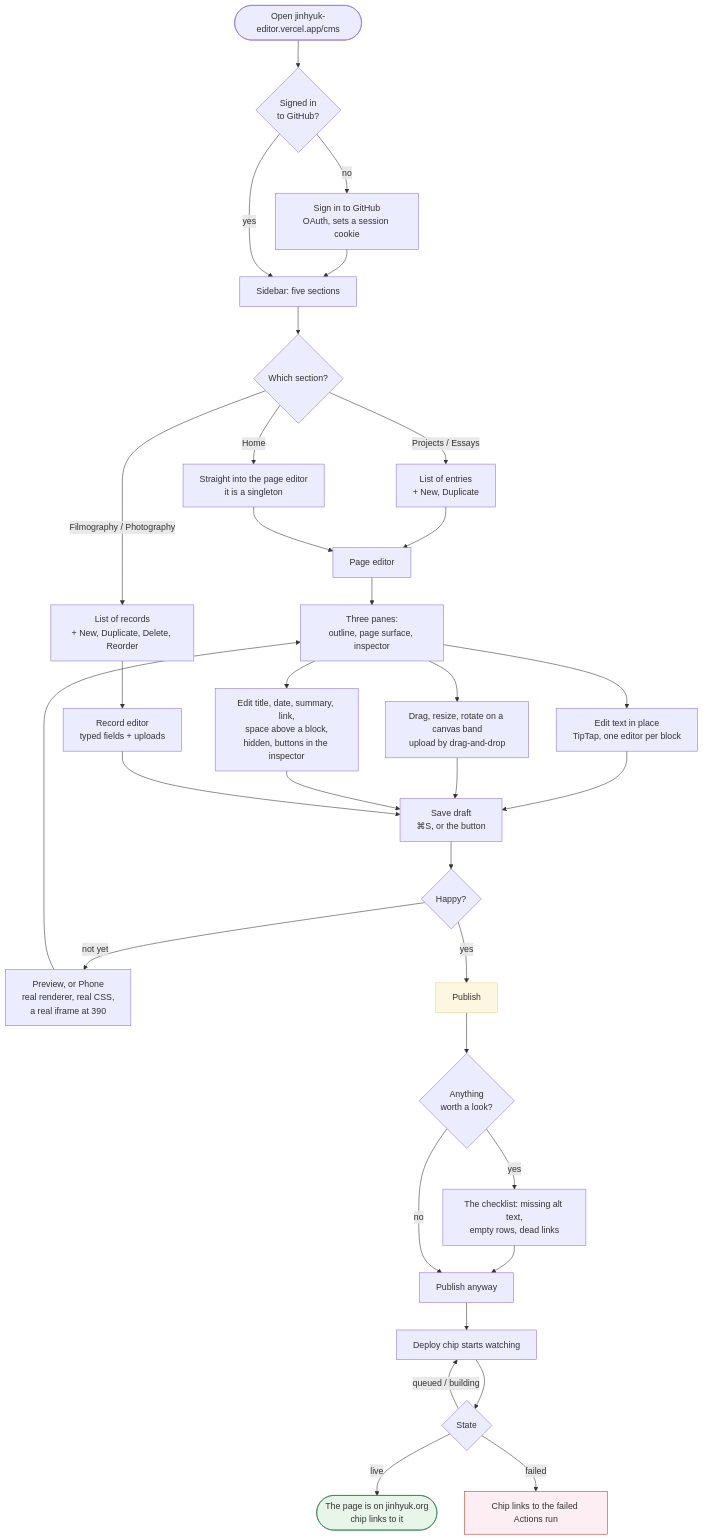
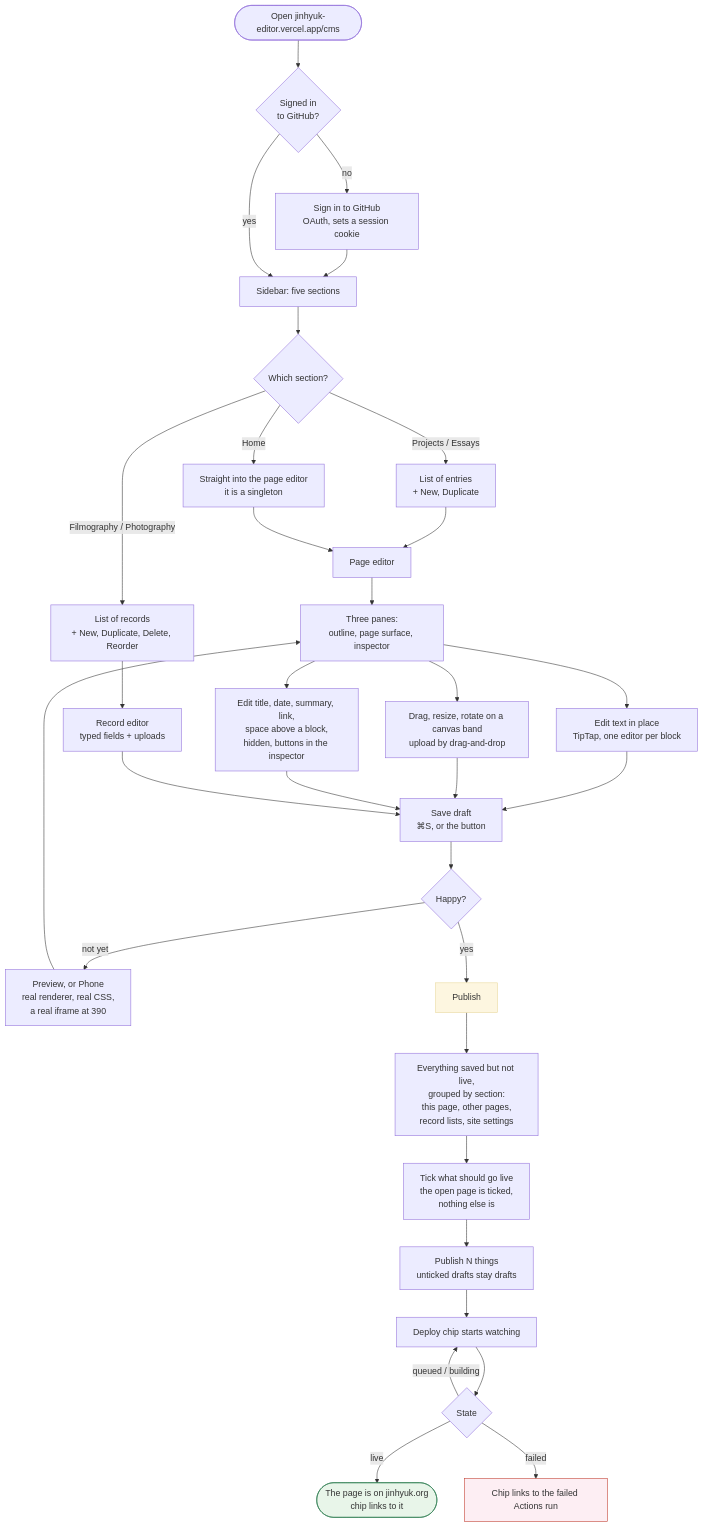
One commit to ryan-choi-jh/jinhyuk.org changed the first of 5 diagrams in cms/workflow.md. Above: the diagram before and after it, drawn with Mermaid. The commit also changed other lines of this file and 11 other files, not shown here.

First line of the commit message:
Publish asks which of the waiting things should go live

````diff
--- a/cms/workflow.md
+++ b/cms/workflow.md
@@ -17,42 +17,42 @@
 ```mermaid
 flowchart TD
     A([Open jinhyuk-editor.vercel.app/cms]) --> B{Signed in<br/>to GitHub?}
     B -- no --> B1[Sign in to GitHub<br/>OAuth, sets a session cookie] --> C
     B -- yes --> C[Sidebar: five sections]
 
     C --> D{Which section?}
     D -- Home --> E1[Straight into the page editor<br/>it is a singleton]
     D -- Projects / Essays --> E2[List of entries<br/>+ New, Duplicate]
     D -- Filmography / Photography --> E3[List of records<br/>+ New, Duplicate, Delete, Reorder]
 
     E2 --> F1[Page editor]
     E1 --> F1
     E3 --> F2[Record editor<br/>typed fields + uploads]
 
     F1 --> G[Three panes:<br/>outline, page surface, inspector]
     G --> H1[Edit text in place<br/>TipTap, one editor per block]
     G --> H2[Drag, resize, rotate on a canvas band<br/>upload by drag-and-drop]
     G --> H3[Edit title, date, summary, link,<br/>space above a block,<br/>hidden, buttons in the inspector]
 
     H1 --> I[Save draft<br/>⌘S, or the button]
     H2 --> I
     H3 --> I
     F2 --> I
 
     I --> J{Happy?}
     J -- not yet --> K[Preview, or Phone<br/>real renderer, real CSS,<br/>a real iframe at 390] --> G
     J -- yes --> L[Publish]
-    L --> CL{Anything<br/>worth a look?}
-    CL -- yes --> CL2[The checklist: missing alt text,<br/>empty rows, dead links] --> L2[Publish anyway]
-    CL -- no --> L2
+    L --> CL[Everything saved but not live,<br/>grouped by section:<br/>this page, other pages,<br/>record lists, site settings]
+    CL --> CL2[Tick what should go live<br/>the open page is ticked,<br/>nothing else is]
+    CL2 --> L2[Publish N things<br/>unticked drafts stay drafts]
 
     L2 --> M[Deploy chip starts watching]
     M --> N{State}
     N -- queued / building --> M
     N -- live --> O([The page is on jinhyuk.org<br/>chip links to it])
     N -- failed --> P[Chip links to the failed Actions run]
 
     style O fill:#e8f5e9,stroke:#2e7d52
     style P fill:#fdeef3,stroke:#c0392b
     style L fill:#fdf6e0,stroke:#e8d79a
 ```
````
